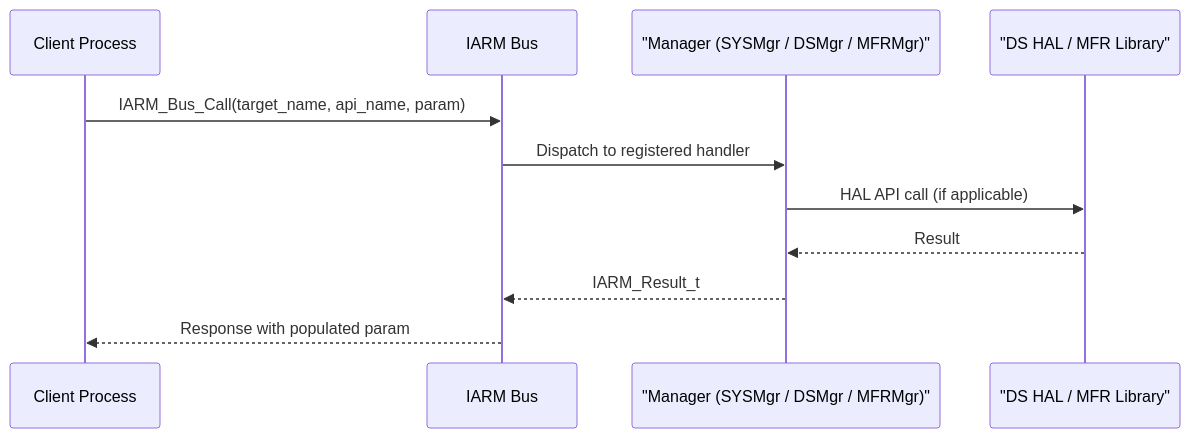
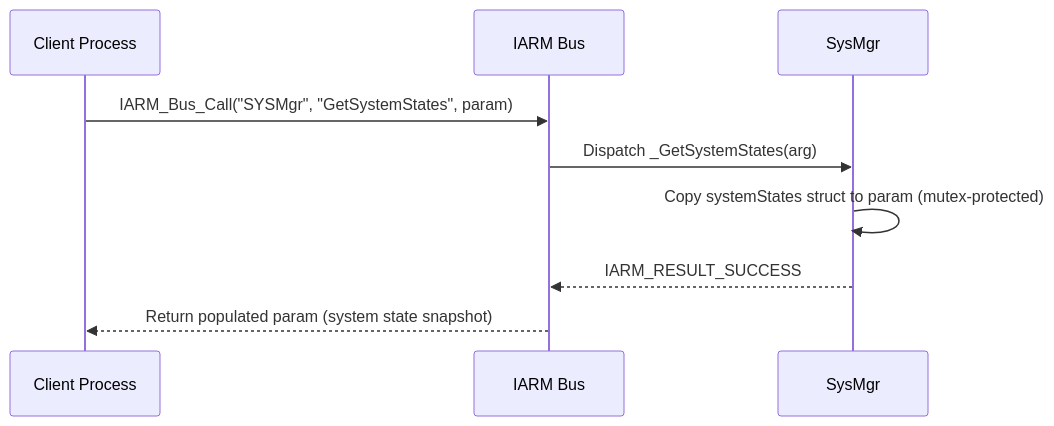
Before and after one commit to rns21/RDK_Documentation: the sixth of 7 diagrams in docs/docu/RDKV-Documentations/iarmmgrs.md, drawn with Mermaid. The commit also changed other lines of this file, not shown here.

````diff
--- a/docs/docu/RDKV-Documentations/iarmmgrs.md
+++ b/docs/docu/RDKV-Documentations/iarmmgrs.md
@@ -345,14 +366,12 @@
 ```mermaid
 sequenceDiagram
     participant Client as Client Process
     participant IARM as IARM Bus
-    participant Mgr as "Manager (SYSMgr / DSMgr / MFRMgr)"
-    participant HAL as "DS HAL / MFR Library"
+    participant SYSMgr as SysMgr
 
-    Client->>IARM: IARM_Bus_Call(target_name, api_name, param)
-    IARM->>Mgr: Dispatch to registered handler
-    Mgr->>HAL: HAL API call (if applicable)
-    HAL-->>Mgr: Result
-    Mgr-->>IARM: IARM_Result_t
-    IARM-->>Client: Response with populated param
+    Client->>IARM: IARM_Bus_Call("SYSMgr", "GetSystemStates", param)
+    IARM->>SYSMgr: Dispatch _GetSystemStates(arg)
+    SYSMgr->>SYSMgr: Copy systemStates struct to param (mutex-protected)
+    SYSMgr-->>IARM: IARM_RESULT_SUCCESS
+    IARM-->>Client: Return populated param (system state snapshot)
 ```
````
